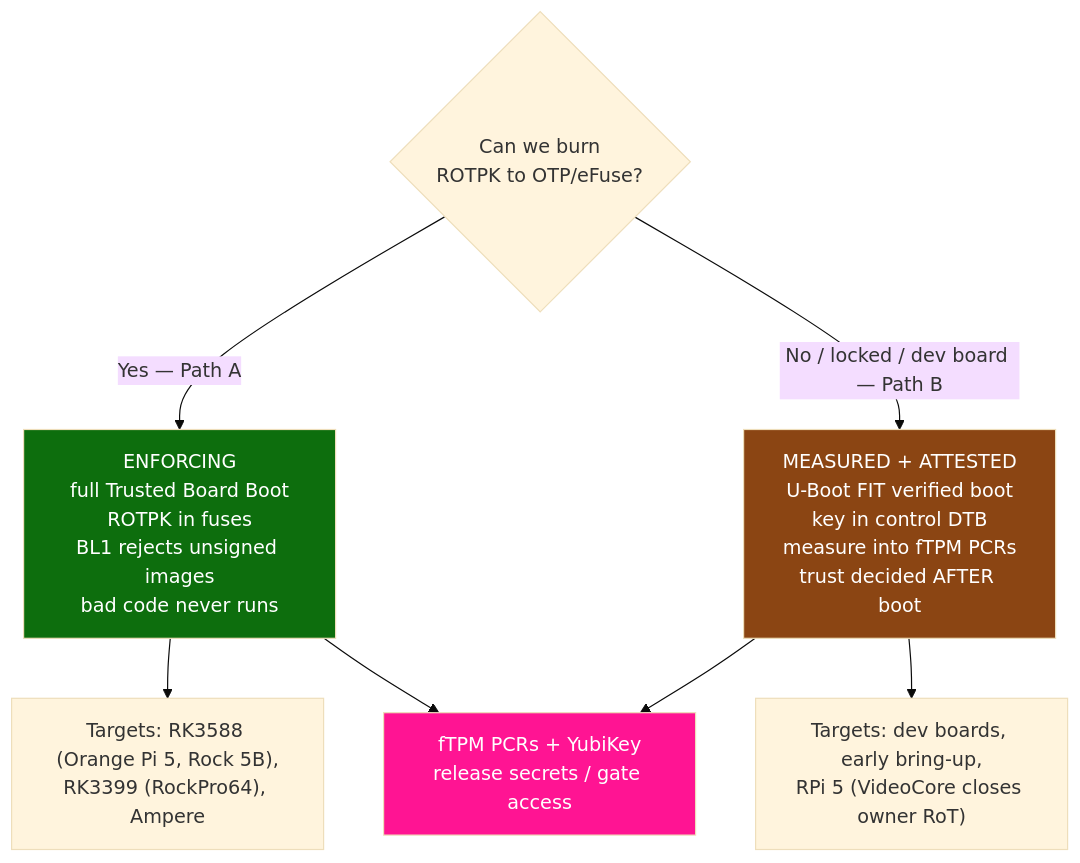
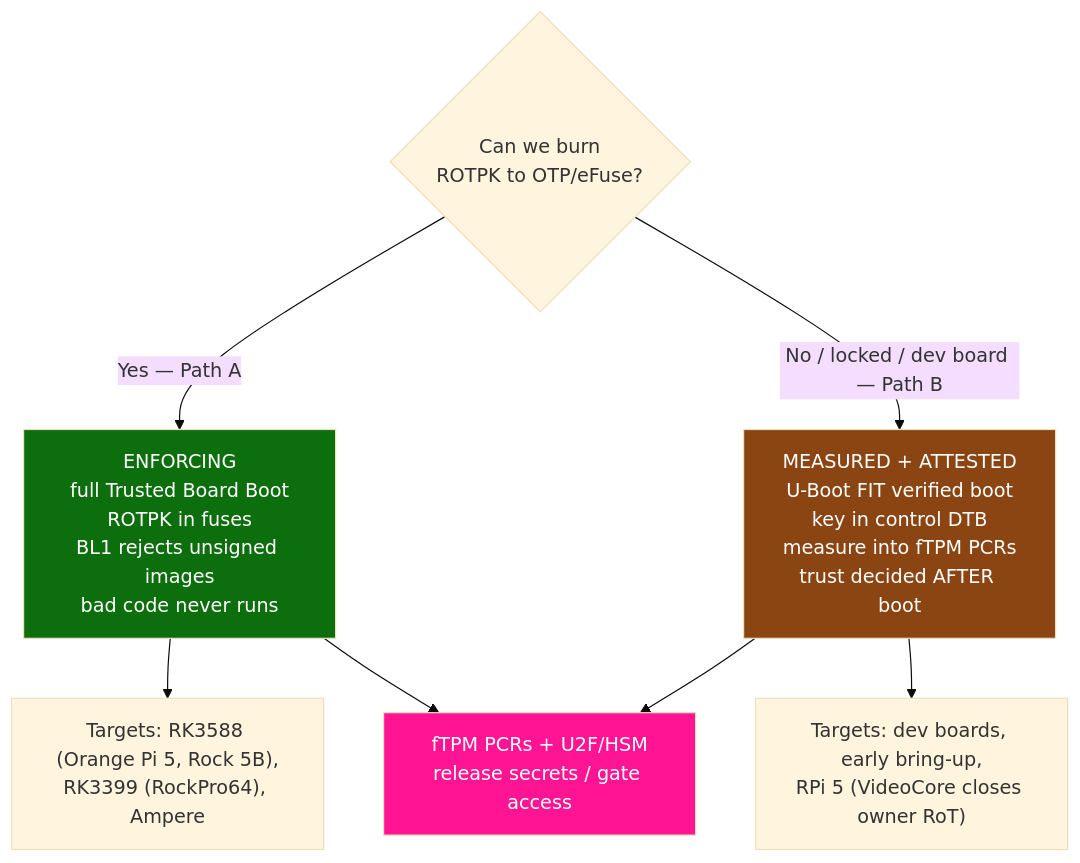
One commit to yubi-OS/yubiOS changed the fourth of 12 diagrams in docs/ARCHITECTURE.md. Above: the diagram before and after it, drawn with Mermaid (base theme). The commit also changed other lines of this file and 292 other files, not shown here.

Commit message:
chore(repo): replace YubiKey/Yubikey/yubikey references with U2F/HSM across docs, scripts, tests, and workflows

````diff
--- a/docs/ARCHITECTURE.md
+++ b/docs/ARCHITECTURE.md
@@ -143,17 +143,17 @@
 ```mermaid
 graph TD
     Q{Can we burn\nROTPK to OTP/eFuse?}
 
     Q -->|Yes — Path A| A["ENFORCING\nfull Trusted Board Boot\nROTPK in fuses\nBL1 rejects unsigned images\nbad code never runs"]
     Q -->|No / locked / dev board — Path B| B["MEASURED + ATTESTED\nU-Boot FIT verified boot\nkey in control DTB\nmeasure into fTPM PCRs\ntrust decided AFTER boot"]
 
     A --> AT["Targets: RK3588 (Orange Pi 5, Rock 5B),\nRK3399 (RockPro64), Ampere"]
     B --> BT["Targets: dev boards, early bring-up,\nRPi 5 (VideoCore closes owner RoT)"]
 
-    A --> SEAL["fTPM PCRs + YubiKey\nrelease secrets / gate access"]
+    A --> SEAL["fTPM PCRs + U2F/HSM\nrelease secrets / gate access"]
     B --> SEAL
 
     style A fill:#0d6e0d,color:#fff
     style B fill:#8b4513,color:#fff
     style SEAL fill:#ff1493,color:#fff
 ```
````
